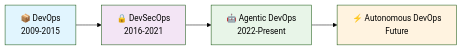
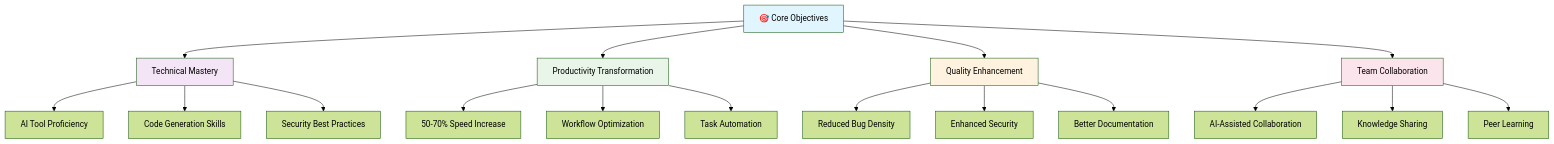
The first of 8 diagrams in docs/workshop_structure.md (paulasilvatech/Code-AI-Dev), drawn with Mermaid (forest theme) before and after one commit. The commit also changed other lines of this file and 4 other files, not shown here.

````diff
--- a/docs/workshop_structure.md
+++ b/docs/workshop_structure.md
@@ -50,11 +46,29 @@
 ```mermaid
-graph LR
-    A[📦 DevOps<br/>2009-2015] --> B[🔒 DevSecOps<br/>2016-2021]
-    B --> C[🤖 Agentic DevOps<br/>2022-Present]
-    C --> D[⚡ Autonomous DevOps<br/>Future]
+graph TD
+    A[🎯 Core Objectives] --> B[Technical Mastery]
+    A --> C[Productivity Transformation]
+    A --> D[Quality Enhancement]
+    A --> E[Team Collaboration]
+    
+    B --> B1[AI Tool Proficiency]
+    B --> B2[Code Generation Skills]
+    B --> B3[Security Best Practices]
+    
+    C --> C1[50-70% Speed Increase]
+    C --> C2[Workflow Optimization]
+    C --> C3[Task Automation]
+    
+    D --> D1[Reduced Bug Density]
+    D --> D2[Enhanced Security]
+    D --> D3[Better Documentation]
+    
+    E --> E1[AI-Assisted Collaboration]
+    E --> E2[Knowledge Sharing]
+    E --> E3[Peer Learning]
     
     style A fill:#e1f5fe
     style B fill:#f3e5f5
     style C fill:#e8f5e8
     style D fill:#fff3e0
+    style E fill:#fce4ec
 ```
````
